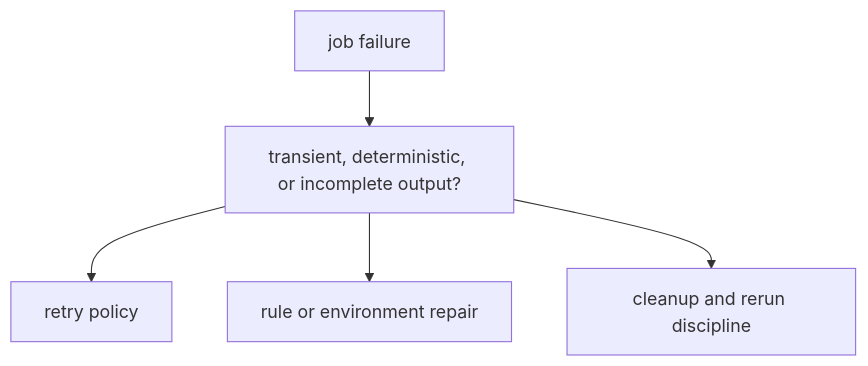
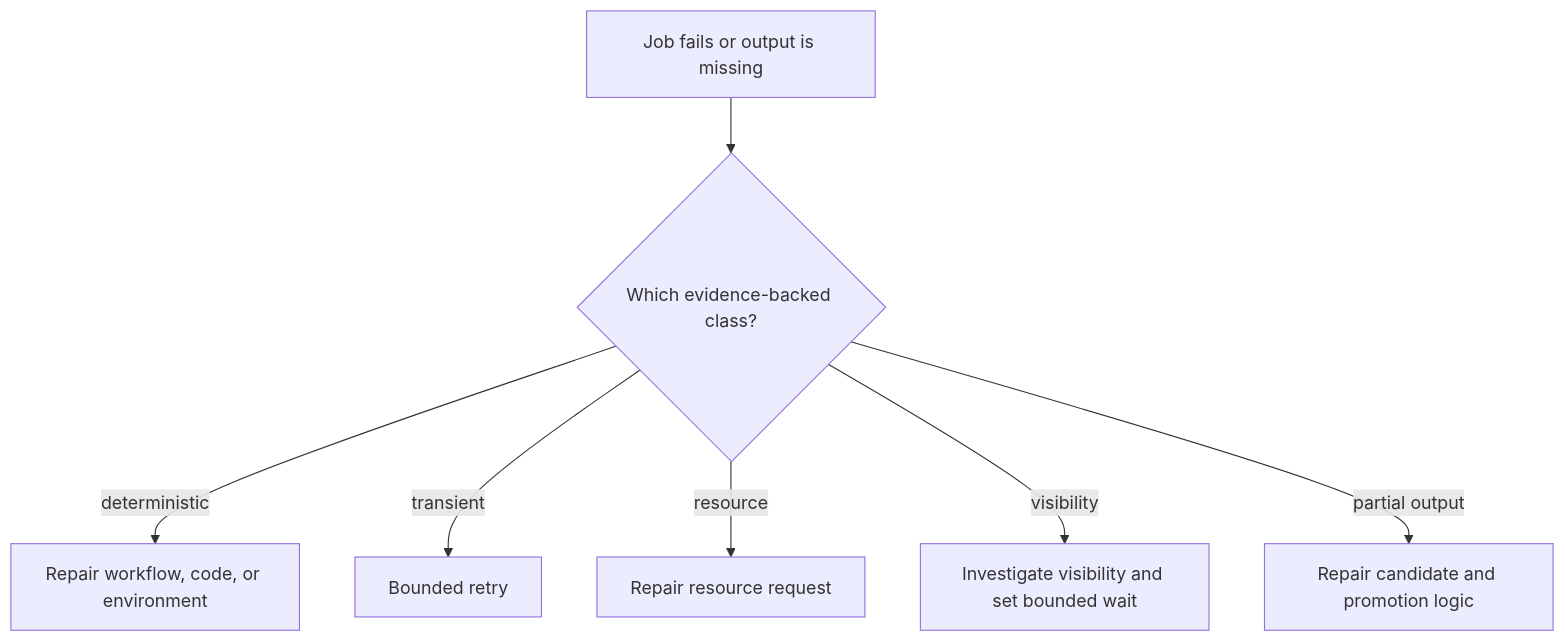
Before and after one commit to bijux/bijux-masterclass: the first of 2 diagrams in programs/reproducible-research/deep-dive-snakemake/course-book/module-08-operating-contexts-execution-policy/retries-latency-and-failure-discipline.md, drawn with Mermaid. The commit also changed other lines of this file, not shown here.

Commit message:
docs(snakemake): teach evidence-led failure policy

````diff
--- a/programs/reproducible-research/deep-dive-snakemake/course-book/module-08-operating-contexts-execution-policy/retries-latency-and-failure-discipline.md
+++ b/programs/reproducible-research/deep-dive-snakemake/course-book/module-08-operating-contexts-execution-policy/retries-latency-and-failure-discipline.md
@@ -87,7 +52,17 @@
 ```mermaid
 flowchart TD
-  failure["job failure"] --> classify["transient, deterministic, or incomplete output?"]
-  classify --> retry["retry policy"]
-  classify --> repair["rule or environment repair"]
-  classify --> cleanup["cleanup and rerun discipline"]
+  fail["Job fails or output is missing"]
+  classify{"Which evidence-backed class?"}
+  code["Repair workflow, code, or environment"]
+  retry["Bounded retry"]
+  resource["Repair resource request"]
+  latency["Investigate visibility and set bounded wait"]
+  publish["Repair candidate and promotion logic"]
+
+  fail --> classify
+  classify -->|deterministic| code
+  classify -->|transient| retry
+  classify -->|resource| resource
+  classify -->|visibility| latency
+  classify -->|partial output| publish
 ```
````
